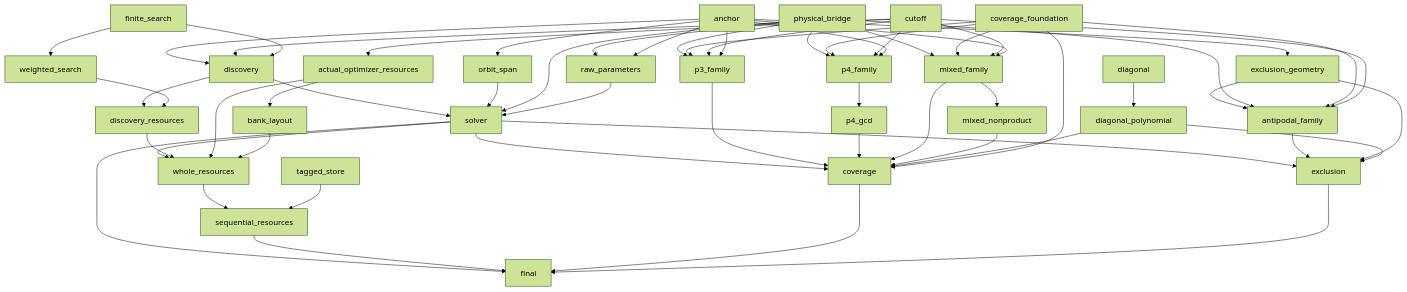
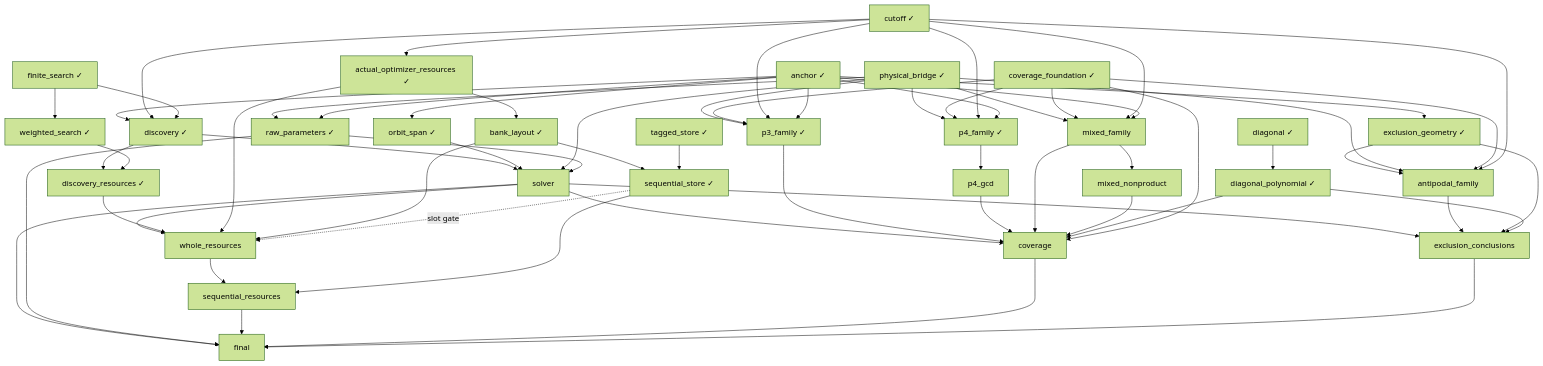
The diagram in pipelines/quantum_formalize/examples/m8/GRAPH.md (humanfia/science-mango), drawn with Mermaid (forest theme) before and after one commit. The commit also changed other lines of this file and 2599 other files, not shown here.

Commit message:
Record M8 discovery and sequential storage acceptance; wire original-scope final closure

````diff
--- a/pipelines/quantum_formalize/examples/m8/GRAPH.md
+++ b/pipelines/quantum_formalize/examples/m8/GRAPH.md
@@ -5,10 +5,10 @@
 ```mermaid
-flowchart TD
-  anchor["anchor"]
-  cutoff["cutoff"]
-  physical_bridge["physical_bridge"]
-  finite_search["finite_search"]
-  discovery["discovery"]
+graph TD
+  anchor["anchor ✓"]
+  cutoff["cutoff ✓"]
+  physical_bridge["physical_bridge ✓"]
+  finite_search["finite_search ✓"]
+  discovery["discovery ✓"]
   anchor --> discovery
   cutoff --> discovery
   finite_search --> discovery
@@ -19,7 +19,7 @@
   raw_parameters --> solver
   sequential_resources["sequential_resources"]
   whole_resources --> sequential_resources
-  tagged_store --> sequential_resources
+  sequential_store --> sequential_resources
   coverage["coverage"]
   solver --> coverage
   p3_family --> coverage
@@ -28,32 +28,32 @@
   mixed_nonproduct --> coverage
   diagonal_polynomial --> coverage
   coverage_foundation --> coverage
-  exclusion["exclusion"]
-  solver --> exclusion
-  antipodal_family --> exclusion
-  exclusion_geometry --> exclusion
-  diagonal_polynomial --> exclusion
-  orbit_span["orbit_span"]
+  exclusion_conclusions["exclusion_conclusions"]
+  solver --> exclusion_conclusions
+  antipodal_family --> exclusion_conclusions
+  exclusion_geometry --> exclusion_conclusions
+  diagonal_polynomial --> exclusion_conclusions
+  orbit_span["orbit_span ✓"]
   anchor --> orbit_span
-  weighted_search["weighted_search"]
+  weighted_search["weighted_search ✓"]
   finite_search --> weighted_search
-  raw_parameters["raw_parameters"]
+  raw_parameters["raw_parameters ✓"]
   physical_bridge --> raw_parameters
   anchor --> raw_parameters
-  actual_optimizer_resources["actual_optimizer_resources"]
+  actual_optimizer_resources["actual_optimizer_resources ✓"]
   cutoff --> actual_optimizer_resources
-  tagged_store["tagged_store"]
-  discovery_resources["discovery_resources"]
+  tagged_store["tagged_store ✓"]
+  discovery_resources["discovery_resources ✓"]
   discovery --> discovery_resources
   weighted_search --> discovery_resources
-  coverage_foundation["coverage_foundation"]
-  diagonal["diagonal"]
-  p3_family["p3_family"]
+  coverage_foundation["coverage_foundation ✓"]
+  diagonal["diagonal ✓"]
+  p3_family["p3_family ✓"]
   physical_bridge --> p3_family
   coverage_foundation --> p3_family
   cutoff --> p3_family
   anchor --> p3_family
-  p4_family["p4_family"]
+  p4_family["p4_family ✓"]
   physical_bridge --> p4_family
   coverage_foundation --> p4_family
   cutoff --> p4_family
@@ -67,25 +67,30 @@
   anchor --> mixed_family
   mixed_nonproduct["mixed_nonproduct"]
   mixed_family --> mixed_nonproduct
-  diagonal_polynomial["diagonal_polynomial"]
+  diagonal_polynomial["diagonal_polynomial ✓"]
   diagonal --> diagonal_polynomial
-  exclusion_geometry["exclusion_geometry"]
+  exclusion_geometry["exclusion_geometry ✓"]
   anchor --> exclusion_geometry
   antipodal_family["antipodal_family"]
   exclusion_geometry --> antipodal_family
   physical_bridge --> antipodal_family
   coverage_foundation --> antipodal_family
   cutoff --> antipodal_family
-  bank_layout["bank_layout"]
+  bank_layout["bank_layout ✓"]
   actual_optimizer_resources --> bank_layout
   whole_resources["whole_resources"]
   solver --> whole_resources
   discovery_resources --> whole_resources
   actual_optimizer_resources --> whole_resources
   bank_layout --> whole_resources
+  sequential_store -. slot gate .-> whole_resources
   final["final"]
   solver --> final
+  raw_parameters --> final
   sequential_resources --> final
   coverage --> final
-  exclusion --> final
+  exclusion_conclusions --> final
+  sequential_store["sequential_store ✓"]
+  bank_layout --> sequential_store
+  tagged_store --> sequential_store
 ```
````
